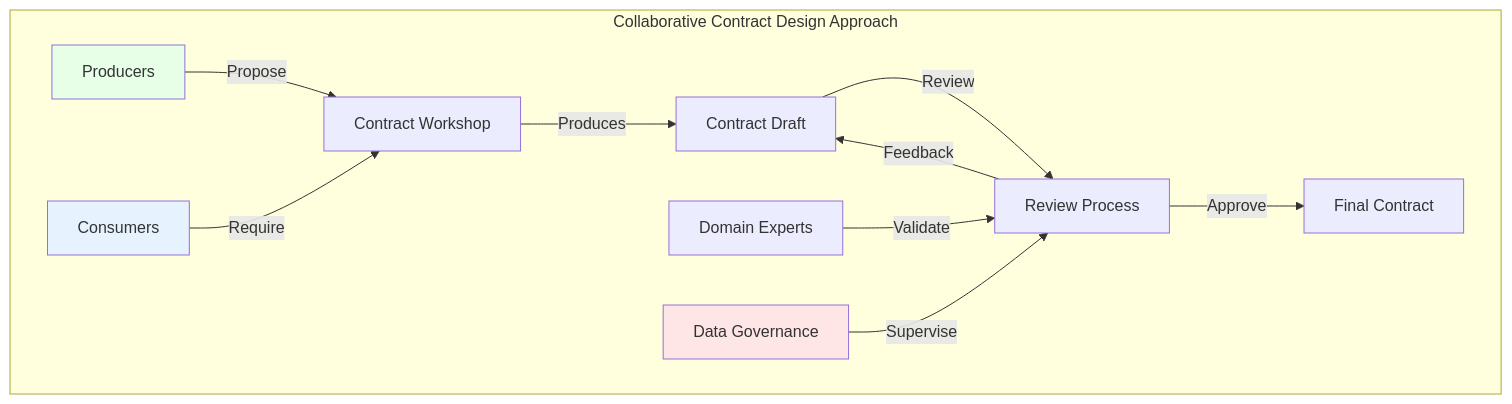
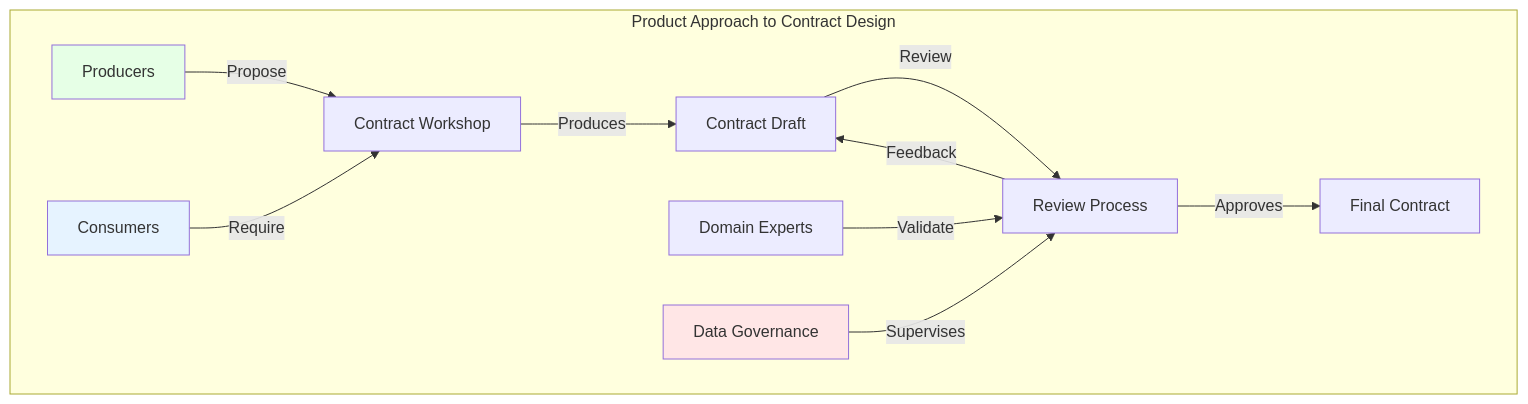
Before and after one commit to monmaya/pyb-data-contracts: the diagram in docs/en/articles/04-architecture-construction.md, drawn with Mermaid. The commit also changed other lines of this file and 1 other file, not shown here.

````diff
--- a/docs/en/articles/04-architecture-construction.md
+++ b/docs/en/articles/04-architecture-construction.md
@@ -11,20 +17,20 @@
 ```mermaid
 graph TD
-    subgraph "Collaborative Contract Design Approach"
+    subgraph "Product Approach to Contract Design"
         P[Producers] -->|Propose| A[Contract Workshop]
         C[Consumers] -->|Require| A
         A -->|Produces| D[Contract Draft]
         D -->|Review| R[Review Process]
         R -->|Feedback| D
-        R -->|Approve| F[Final Contract]
+        R -->|Approves| F[Final Contract]
         G[Domain Experts] -->|Validate| R
-        H[Data Governance] -->|Supervise| R
+        H[Data Governance] -->|Supervises| R
     end
 
     classDef producer fill:#e6ffe6;
     classDef consumer fill:#e6f3ff;
     classDef governance fill:#ffe6e6;
     class P producer;
     class C consumer;
     class H governance;
 ```
````
